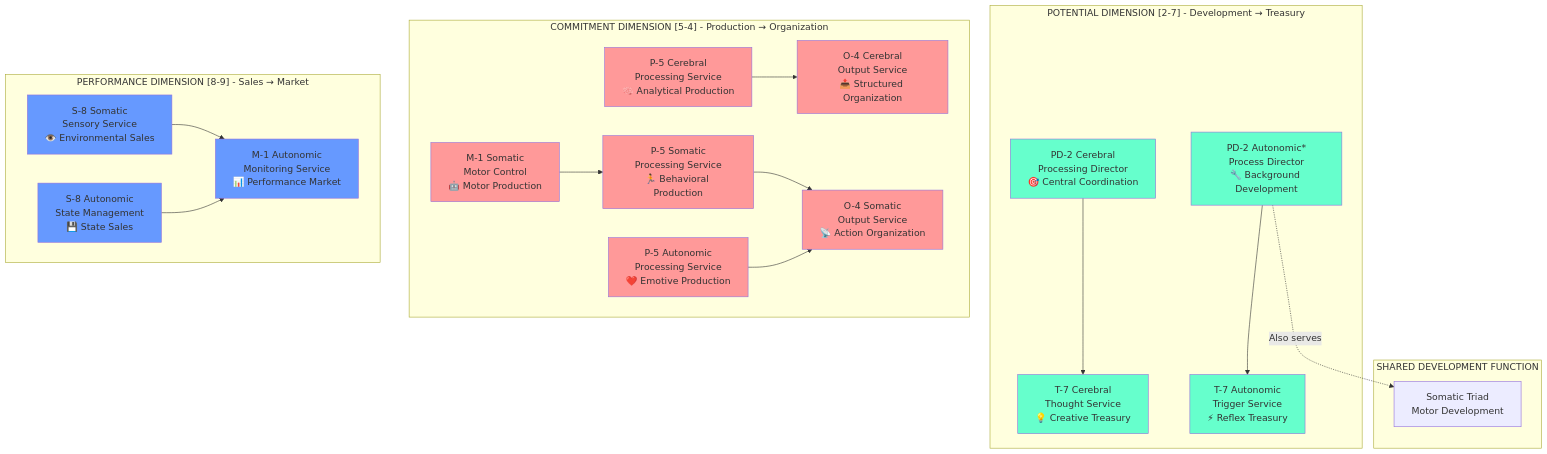
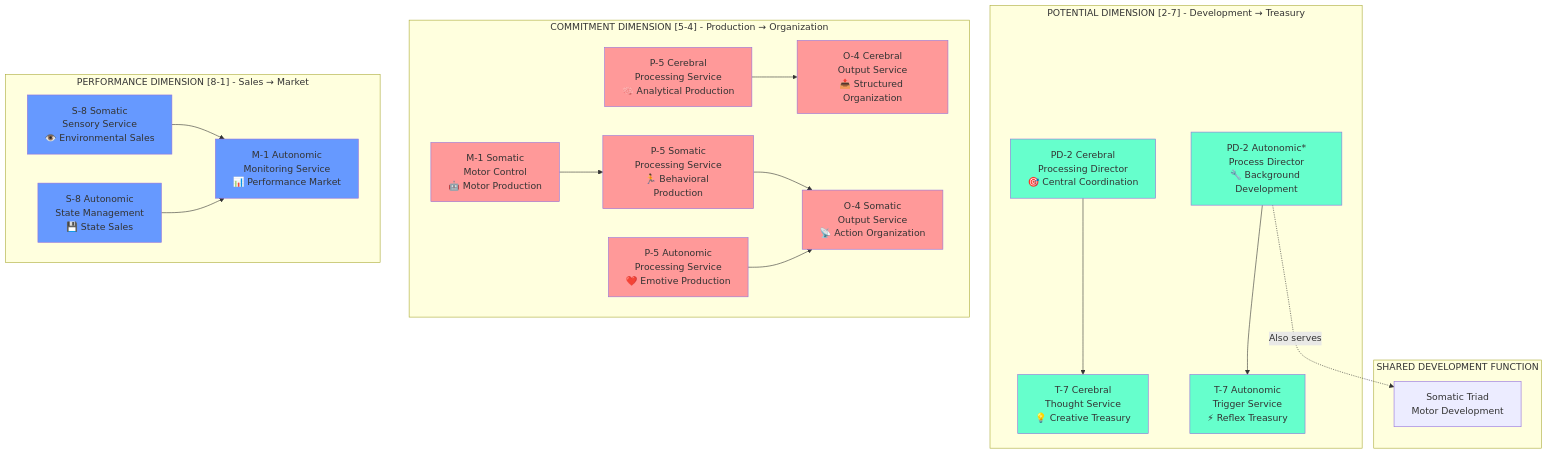
One commit to EchoCog/skinsys changed the first of 2 diagrams in POLARITY_VISUALIZATION.md. Above: the diagram before and after it, drawn with Mermaid. The commit also changed other lines of this file and 4 other files, not shown here.

Commit message:
Complete Performance Dimension fix from [8-9] to [8-1] across all files

````diff
--- a/POLARITY_VISUALIZATION.md
+++ b/POLARITY_VISUALIZATION.md
@@ -45,54 +45,54 @@
 ```mermaid
 graph TB
     subgraph "POTENTIAL DIMENSION [2-7] - Development → Treasury"
         PD2C[PD-2 Cerebral<br/>Processing Director<br/>🎯 Central Coordination]
         T7C[T-7 Cerebral<br/>Thought Service<br/>💡 Creative Treasury]
         PD2A[PD-2 Autonomic*<br/>Process Director<br/>🔧 Background Development]
         T7A[T-7 Autonomic<br/>Trigger Service<br/>⚡ Reflex Treasury]
     end
     
     subgraph "COMMITMENT DIMENSION [5-4] - Production → Organization"
         P5C[P-5 Cerebral<br/>Processing Service<br/>🧠 Analytical Production]
         O4C[O-4 Cerebral<br/>Output Service<br/>📤 Structured Organization]
         M1S[M-1 Somatic<br/>Motor Control<br/>🤖 Motor Production]
         P5S[P-5 Somatic<br/>Processing Service<br/>🏃 Behavioral Production]
         O4S[O-4 Somatic<br/>Output Service<br/>📡 Action Organization]
         P5A[P-5 Autonomic<br/>Processing Service<br/>❤️ Emotive Production]
     end
     
-    subgraph "PERFORMANCE DIMENSION [8-9] - Sales → Market"
+    subgraph "PERFORMANCE DIMENSION [8-1] - Sales → Market"
         S8S[S-8 Somatic<br/>Sensory Service<br/>👁️ Environmental Sales]
         S8A[S-8 Autonomic<br/>State Management<br/>💾 State Sales]
         M1A[M-1 Autonomic<br/>Monitoring Service<br/>📊 Performance Market]
     end
     
     subgraph "SHARED DEVELOPMENT FUNCTION"
         PD2A -.->|Also serves| SomaticTriad[Somatic Triad<br/>Motor Development]
     end
     
     %% Flow connections
     PD2C --> T7C
     PD2A --> T7A
     P5C --> O4C
     M1S --> P5S
     P5S --> O4S
     P5A --> O4S
     S8S --> M1A
     S8A --> M1A
     
     style PD2C fill:#66ffcc
     style T7C fill:#66ffcc
     style PD2A fill:#66ffcc
     style T7A fill:#66ffcc
     
     style P5C fill:#ff9999
     style O4C fill:#ff9999
     style M1S fill:#ff9999
     style P5S fill:#ff9999
     style O4S fill:#ff9999
     style P5A fill:#ff9999
     
     style S8S fill:#6699ff
     style S8A fill:#6699ff
     style M1A fill:#6699ff
 ```
````
